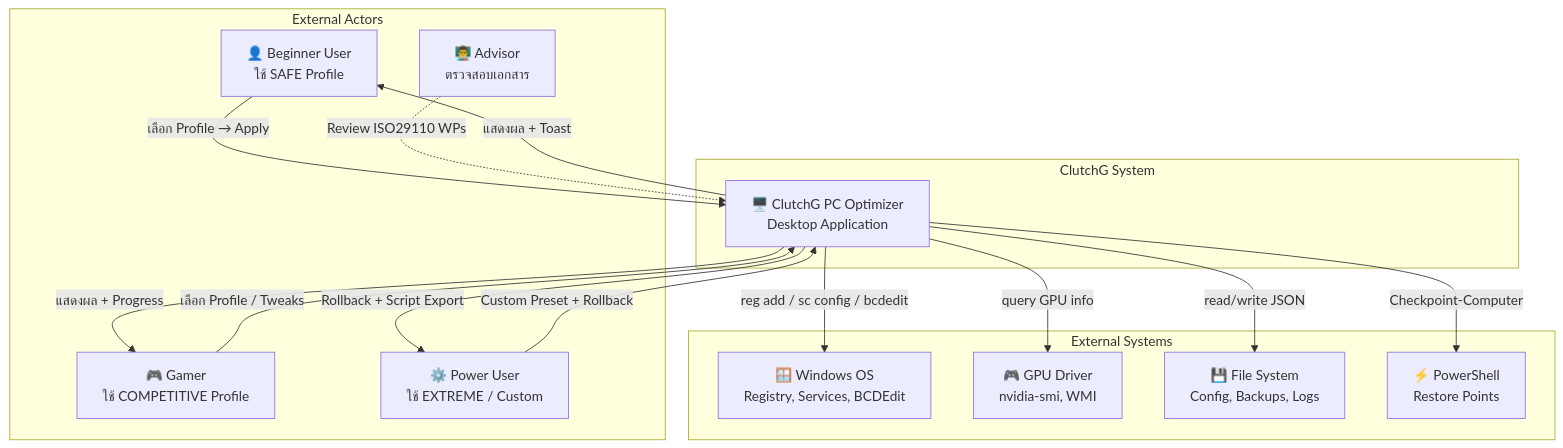
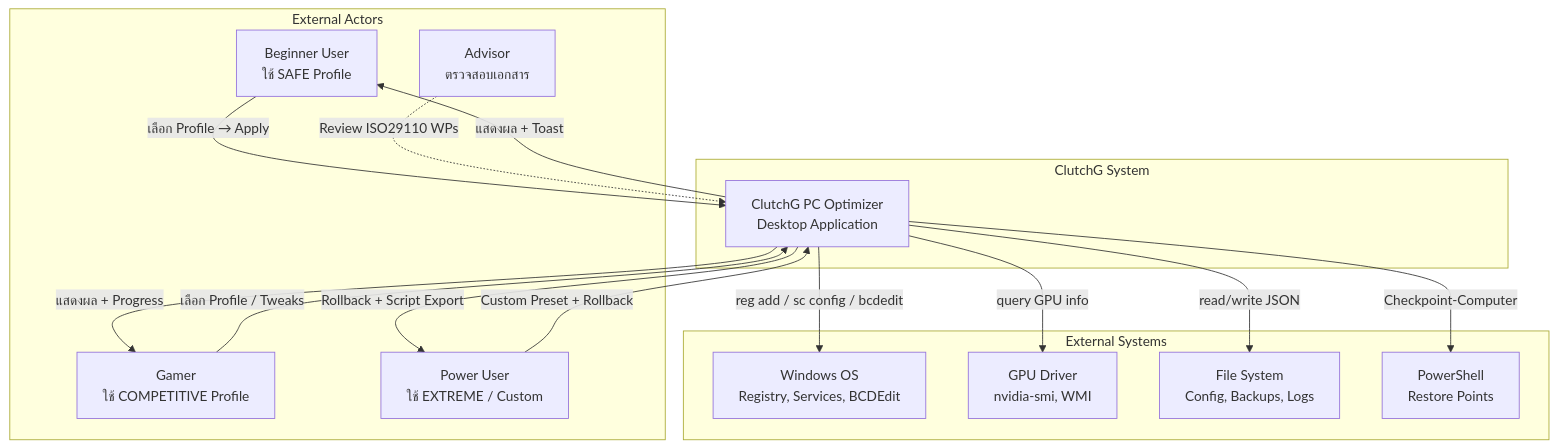
The first of 13 diagrams in docs/iso29110-clutchg/Appendix-A-UML-Diagrams.md (neckttiie090520/clutchg-pc-optimizer), drawn with Mermaid before and after one commit. The commit also changed other lines of this file and 8 other files, not shown here.

````diff
--- a/docs/iso29110-clutchg/Appendix-A-UML-Diagrams.md
+++ b/docs/iso29110-clutchg/Appendix-A-UML-Diagrams.md
@@ -13,34 +13,34 @@
 ```mermaid
 graph TB
     subgraph External Actors
-        BEG["👤 Beginner User<br/>ใช้ SAFE Profile"]
-        GAM["🎮 Gamer<br/>ใช้ COMPETITIVE Profile"]
-        PWR["⚙️ Power User<br/>ใช้ EXTREME / Custom"]
-        ADV["👨‍🏫 Advisor<br/>ตรวจสอบเอกสาร"]
+        BEG["Beginner User<br/>ใช้ SAFE Profile"]
+        GAM["Gamer<br/>ใช้ COMPETITIVE Profile"]
+        PWR["Power User<br/>ใช้ EXTREME / Custom"]
+        ADV["Advisor<br/>ตรวจสอบเอกสาร"]
     end
 
     subgraph ClutchG System
-        CG["🖥️ ClutchG PC Optimizer<br/>Desktop Application"]
+        CG["ClutchG PC Optimizer<br/>Desktop Application"]
     end
 
     subgraph External Systems
-        WIN["🪟 Windows OS<br/>Registry, Services, BCDEdit"]
-        GPU_DRV["🎮 GPU Driver<br/>nvidia-smi, WMI"]
-        FS["💾 File System<br/>Config, Backups, Logs"]
-        PS["⚡ PowerShell<br/>Restore Points"]
+        WIN["Windows OS<br/>Registry, Services, BCDEdit"]
+        GPU_DRV["GPU Driver<br/>nvidia-smi, WMI"]
+        FS["File System<br/>Config, Backups, Logs"]
+        PS["PowerShell<br/>Restore Points"]
     end
 
     BEG -->|"เลือก Profile → Apply"| CG
     GAM -->|"เลือก Profile / Tweaks"| CG
     PWR -->|"Custom Preset + Rollback"| CG
     ADV -.->|"Review ISO29110 WPs"| CG
 
     CG -->|"reg add / sc config / bcdedit"| WIN
     CG -->|"query GPU info"| GPU_DRV
     CG -->|"read/write JSON"| FS
     CG -->|"Checkpoint-Computer"| PS
 
     CG -->|"แสดงผล + Toast"| BEG
     CG -->|"แสดงผล + Progress"| GAM
     CG -->|"Rollback + Script Export"| PWR
 ```
````
